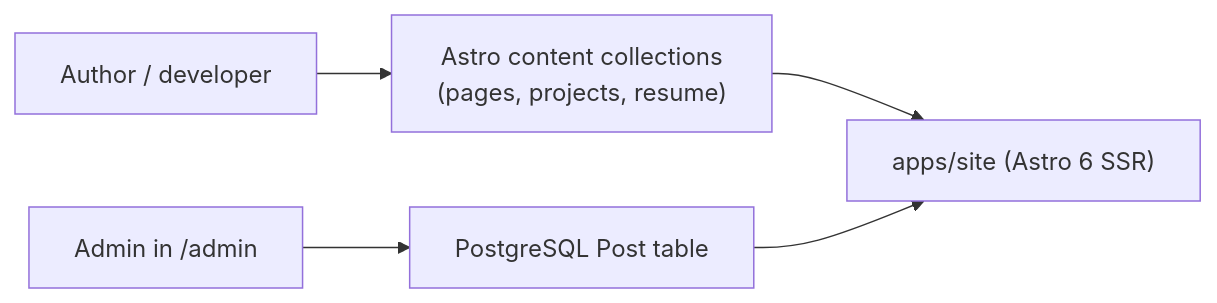
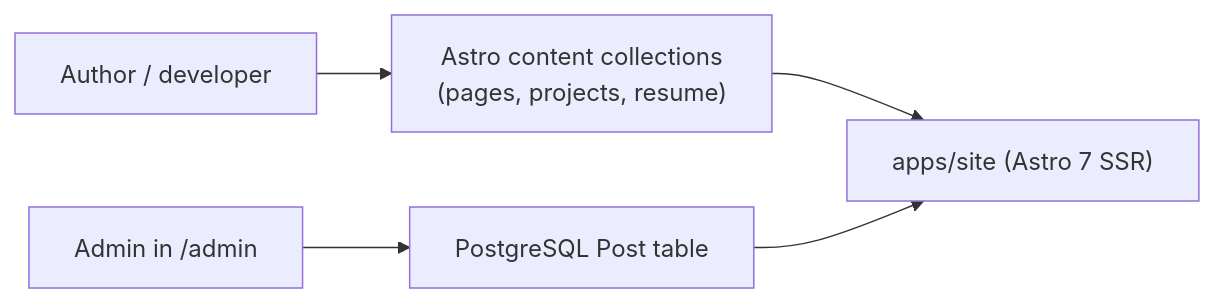
Before and after one commit to stevenfackley/steveackley-website: the diagram in docs/CONTENT_ARCHITECTURE.md, drawn with Mermaid. The commit also changed 122 other files, not shown here.

````diff
--- a/docs/CONTENT_ARCHITECTURE.md
+++ b/docs/CONTENT_ARCHITECTURE.md
@@ -5,7 +5,7 @@
 ```mermaid
 flowchart LR
     devEditor["Author / developer"] --> mdx["Astro content collections<br/>(pages, projects, resume)"]
     admin["Admin in /admin"] --> db["PostgreSQL Post table"]
-    mdx --> site["apps/site (Astro 6 SSR)"]
+    mdx --> site["apps/site (Astro 7 SSR)"]
     db --> site
 ```
````
